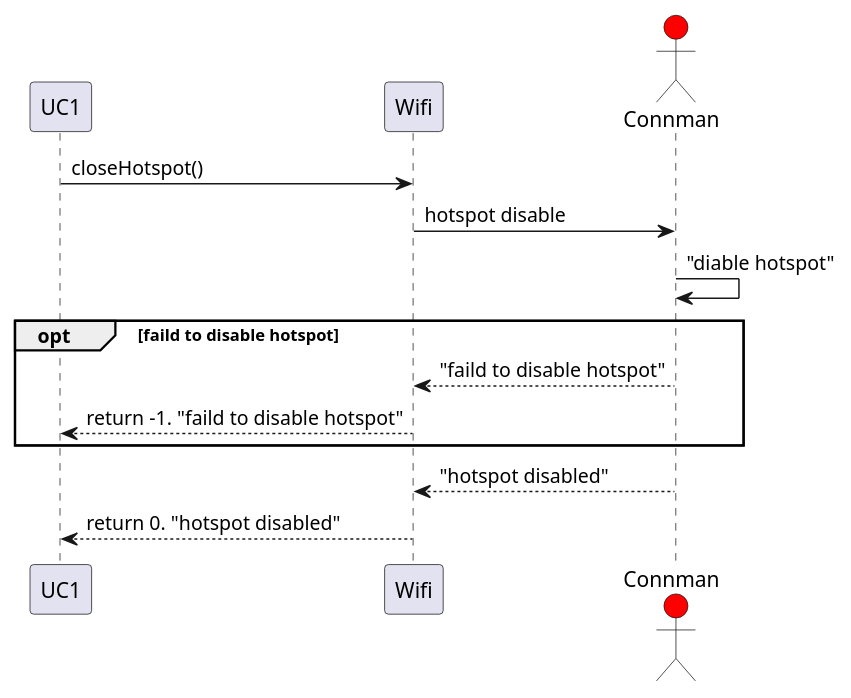
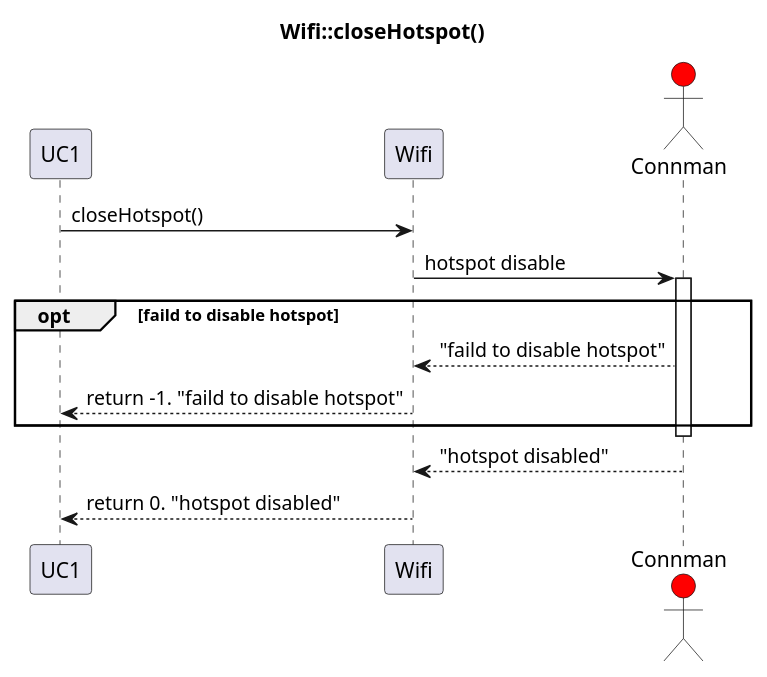
One commit to Solvgraa-mager/E3PRJ3 changed the diagram in Diagrammer/Robo_Sumo_Battle/Communication/Sekvensdiagrammer/Wifi/Wifi_closeHotspot.plantuml. Above: the diagram before and after it, drawn with PlantUML. The commit also changed 7 other files, not shown here.

Commit message:
wifi og tcp sekvens diagrammer

```diff
--- a/Diagrammer/Robo_Sumo_Battle/Communication/Sekvensdiagrammer/Wifi/Wifi_closeHotspot.plantuml
+++ b/Diagrammer/Robo_Sumo_Battle/Communication/Sekvensdiagrammer/Wifi/Wifi_closeHotspot.plantuml
@@ -1,17 +1,19 @@
 @startuml
+title Wifi::closeHotspot()
 participant UC1
 participant Wifi
 actor Connman #red
 
 UC1 -> Wifi : closeHotspot()
 Wifi -> Connman : hotspot disable
-Connman -> Connman : "diable hotspot"
+activate Connman
 opt faild to disable hotspot
     Connman --> Wifi : "faild to disable hotspot"
     Wifi --> UC1 : return -1. "faild to disable hotspot"
 end
+deactivate Connman
 Connman --> Wifi : "hotspot disabled"
 Wifi --> UC1 : return 0. "hotspot disabled"
 
 
 @enduml
```
